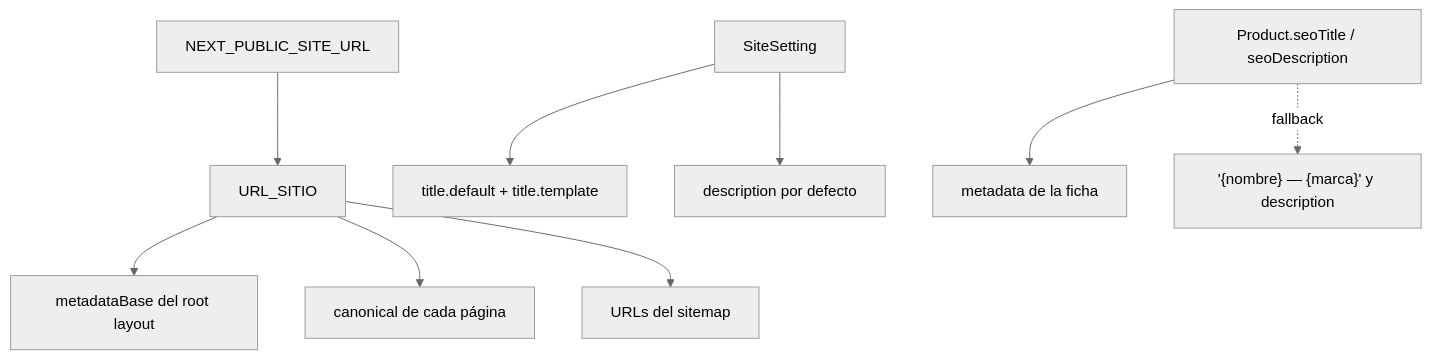
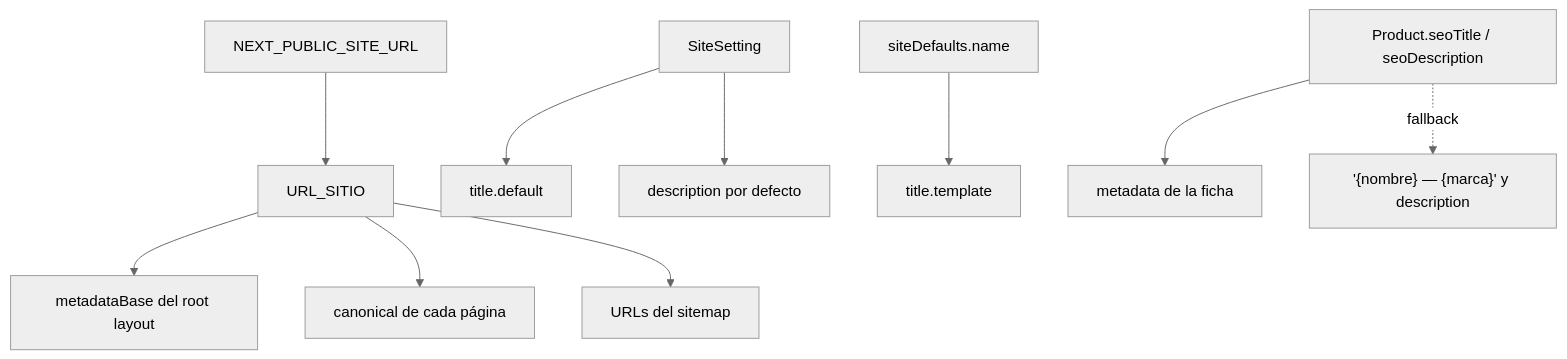
One commit to MValles02/parfam-mdq changed the diagram in docs/modules/seo.md. Above: the diagram before and after it, drawn with Mermaid (neutral theme). The commit also changed other lines of this file and 16 other files, not shown here.

````diff
--- a/docs/modules/seo.md
+++ b/docs/modules/seo.md
@@ -54,13 +54,14 @@
 ```mermaid
 flowchart TB
     ENV["NEXT_PUBLIC_SITE_URL"] --> US["URL_SITIO"]
     US --> MB["metadataBase del root layout"]
     US --> CAN["canonical de cada página"]
     US --> SM["URLs del sitemap"]
 
-    SS["SiteSetting"] --> T["title.default + title.template"]
+    SS["SiteSetting"] --> T["title.default"]
     SS --> D["description por defecto"]
+    SD["siteDefaults.name"] --> TT["title.template"]
 
     P["Product.seoTitle / seoDescription"] --> FT["metadata de la ficha"]
     P -.fallback.-> FB["'{nombre} — {marca}' y description"]
 ```
````
